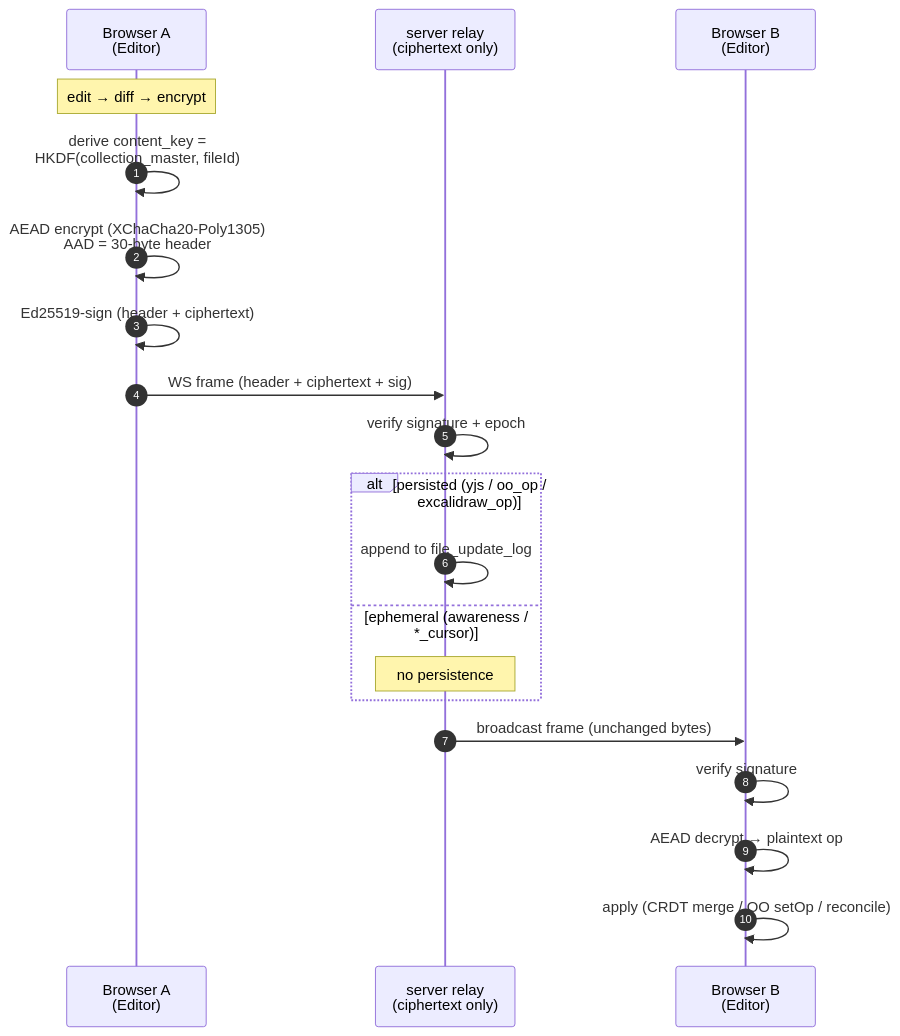
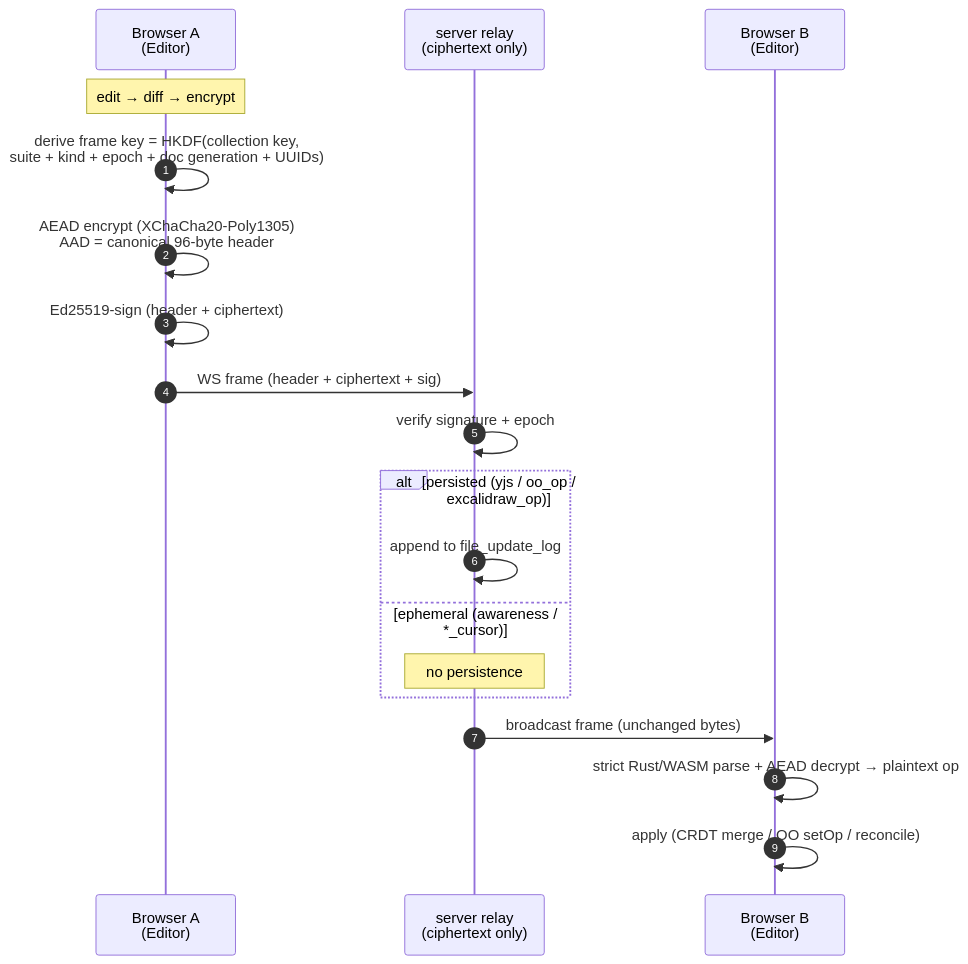
Before and after one commit to kutupbt/kutup: the fourth of 4 diagrams in docs/architecture.md, drawn with Mermaid. The commit also changed other lines of this file and 282 other files, not shown here.

````diff
--- a/docs/architecture.md
+++ b/docs/architecture.md
@@ -379,23 +421,22 @@
 ```mermaid
 sequenceDiagram
     autonumber
     participant A as Browser A<br/>(Editor)
     participant R as server relay<br/>(ciphertext only)
     participant B as Browser B<br/>(Editor)
 
     Note over A: edit → diff → encrypt
-    A->>A: derive content_key =<br/>HKDF(collection_master, fileId)
-    A->>A: AEAD encrypt (XChaCha20-Poly1305)<br/>AAD = 30-byte header
+    A->>A: derive frame key = HKDF(collection key,<br/>suite + kind + epoch + doc generation + UUIDs)
+    A->>A: AEAD encrypt (XChaCha20-Poly1305)<br/>AAD = canonical 96-byte header
     A->>A: Ed25519-sign (header + ciphertext)
     A->>R: WS frame (header + ciphertext + sig)
     R->>R: verify signature + epoch
     alt persisted (yjs / oo_op / excalidraw_op)
         R->>R: append to file_update_log
     else ephemeral (awareness / *_cursor)
         Note over R: no persistence
     end
     R->>B: broadcast frame (unchanged bytes)
-    B->>B: verify signature
-    B->>B: AEAD decrypt → plaintext op
+    B->>B: strict Rust/WASM parse + AEAD decrypt → plaintext op
     B->>B: apply (CRDT merge / OO setOp / reconcile)
 ```
````
